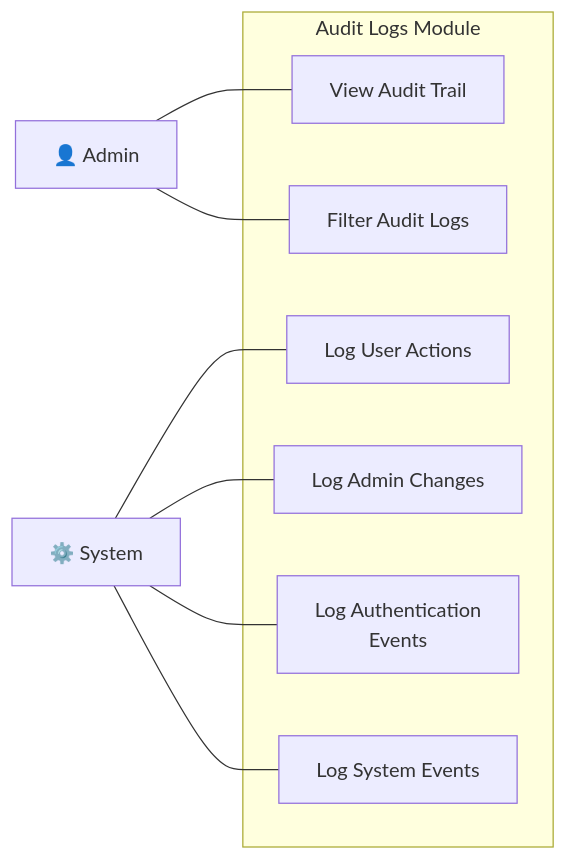
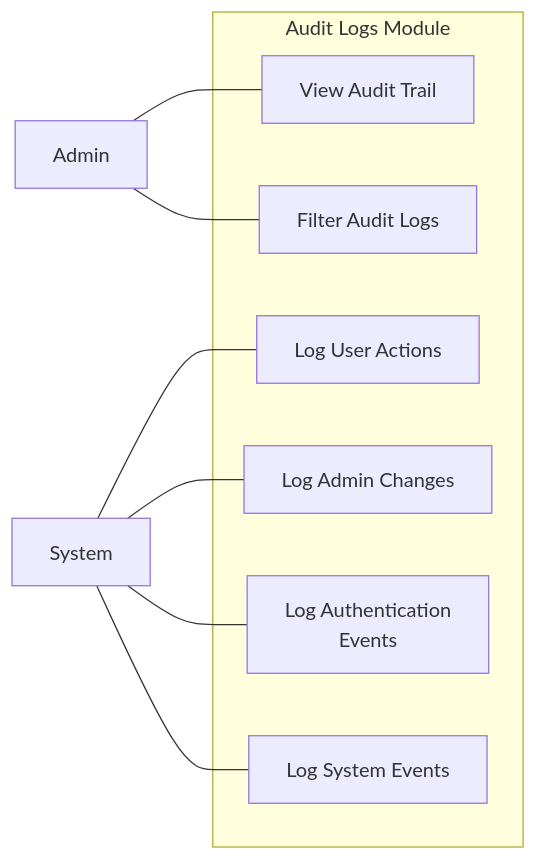
Diagram 11 of 12 in docs/dev/USE_CASE_DIAGRAMS.md (aisyahumairah/HomeLodge-Doc), drawn with Mermaid before and after one commit. The commit also changed other lines of this file and 3 other files, not shown here.

````diff
--- a/docs/dev/USE_CASE_DIAGRAMS.md
+++ b/docs/dev/USE_CASE_DIAGRAMS.md
@@ -392,22 +433,22 @@
 ```mermaid
 flowchart LR
-    Admin["👤 Admin"]
-    System["⚙️ System"]
+    Admin["Admin"]
+    System["System"]
 
     subgraph Audit Logs Module
         UC1["View Audit Trail"]
         UC2["Filter Audit Logs"]
         UC3["Log User Actions"]
         UC4["Log Admin Changes"]
         UC5["Log Authentication\nEvents"]
         UC6["Log System Events"]
     end
 
     Admin --- UC1
     Admin --- UC2
 
     System --- UC3
     System --- UC4
     System --- UC5
     System --- UC6
 ```
````
